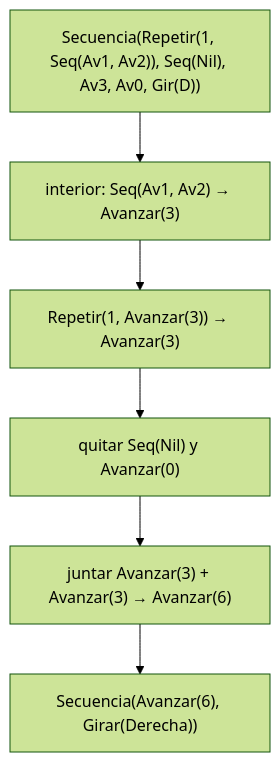
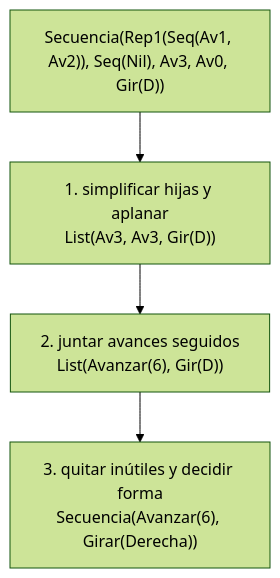
One commit to Sgv-star/pfc-taller-2-robot-en-cuadricula changed the third of 3 diagrams in docs/proceso.md. Above: the diagram before and after it, drawn with Mermaid (forest theme). The commit also changed other lines of this file and 1 other file, not shown here.

````diff
--- a/docs/proceso.md
+++ b/docs/proceso.md
@@ -167,9 +175,7 @@
 ```mermaid
 flowchart TD
-    S["Secuencia(Repetir(1, Seq(Av1, Av2)), Seq(Nil), Av3, Av0, Gir(D))"]
-    S --> R1["interior: Seq(Av1, Av2) → Avanzar(3)"]
-    R1 --> R2["Repetir(1, Avanzar(3)) → Avanzar(3)"]
-    R2 --> R3["quitar Seq(Nil) y Avanzar(0)"]
-    R3 --> R4["juntar Avanzar(3) + Avanzar(3) → Avanzar(6)"]
-    R4 --> R5["Secuencia(Avanzar(6), Girar(Derecha))"]
+    S["Secuencia(Rep1(Seq(Av1, Av2)), Seq(Nil), Av3, Av0, Gir(D))"]
+    S --> R1["1. simplificar hijas y aplanar<br/>List(Av3, Av3, Gir(D))"]
+    R1 --> R2["2. juntar avances seguidos<br/>List(Avanzar(6), Gir(D))"]
+    R2 --> R3["3. quitar inútiles y decidir forma<br/>Secuencia(Avanzar(6), Girar(Derecha))"]
 ```
````
